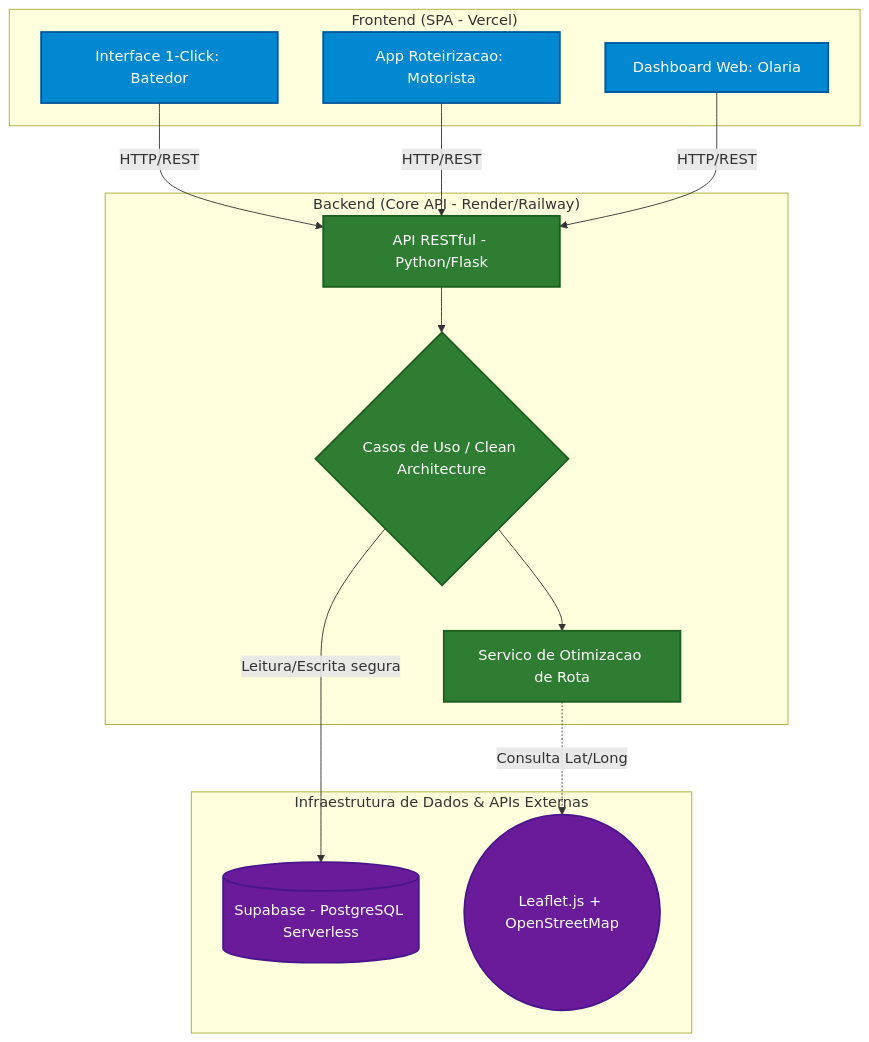
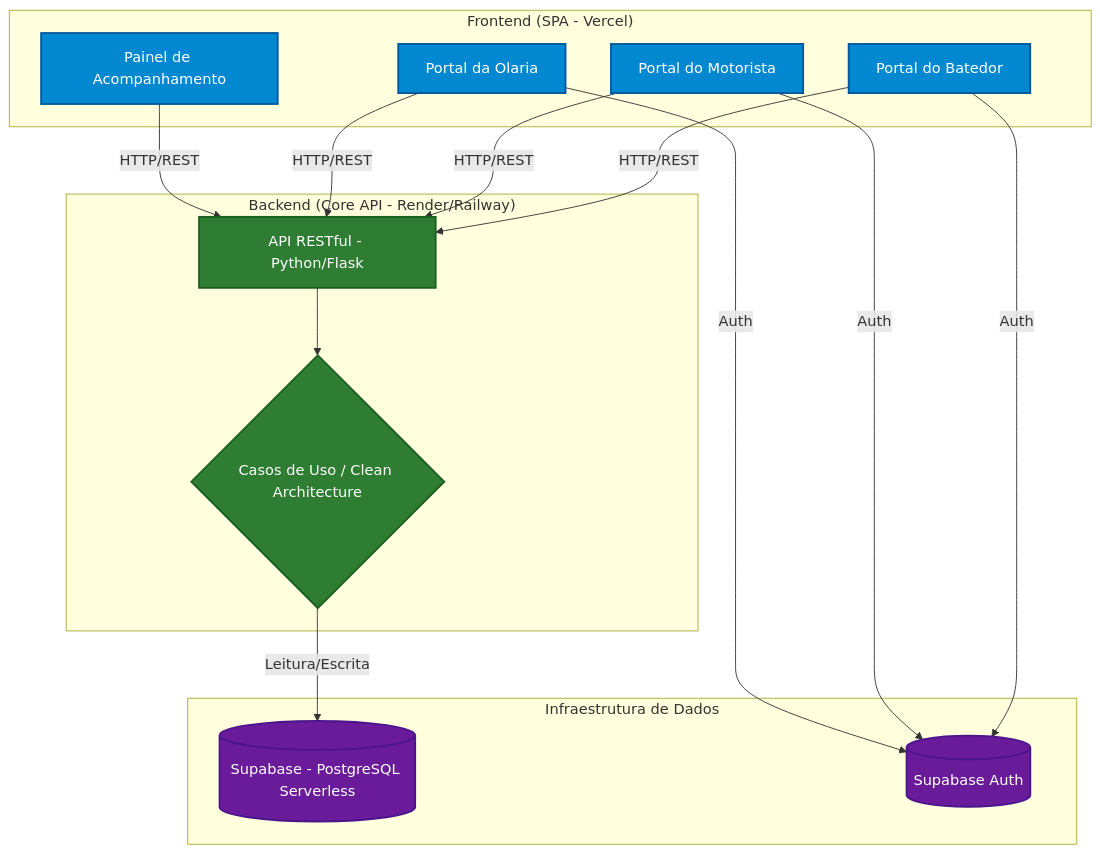
One commit to MCTHIAS/acailoop changed the second of 2 diagrams in README.md. Above: the diagram before and after it, drawn with Mermaid. The commit also changed other lines of this file, not shown here.

Commit message:
docs: rewrite README to reflect 4-stage collection flow and full feature set

````diff
--- a/README.md
+++ b/README.md
@@ -132,37 +136,38 @@
 ```mermaid
 graph TD
     subgraph "Frontend (SPA - Vercel)"
-        UI_Batedor[Interface 1-Click: Batedor]
-        UI_Motorista[App Roteirizacao: Motorista]
-        UI_Olaria[Dashboard Web: Olaria]
+        UI_Producer[Portal do Batedor]
+        UI_Driver[Portal do Motorista]
+        UI_Brickyard[Portal da Olaria]
+        UI_History[Painel de Acompanhamento]
     end
 
     subgraph "Backend (Core API - Render/Railway)"
         API[API RESTful - Python/Flask]
         UseCases{Casos de Uso / Clean Architecture}
-        Router[Servico de Otimizacao de Rota]
     end
 
-    subgraph "Infraestrutura de Dados & APIs Externas"
+    subgraph "Infraestrutura de Dados"
         DB[(Supabase - PostgreSQL Serverless)]
-        Mapas((Leaflet.js + OpenStreetMap))
+        Auth[(Supabase Auth)]
     end
 
-    UI_Batedor -->|HTTP/REST| API
-    UI_Motorista -->|HTTP/REST| API
-    UI_Olaria -->|HTTP/REST| API
+    UI_Producer -->|HTTP/REST| API
+    UI_Driver -->|HTTP/REST| API
+    UI_Brickyard -->|HTTP/REST| API
+    UI_History -->|HTTP/REST| API
 
     API --> UseCases
-    UseCases --> Router
-
-    Router -.->|Consulta Lat/Long| Mapas
-    UseCases -->|Leitura/Escrita segura| DB
+    UseCases -->|Leitura/Escrita| DB
+    UI_Producer -->|Auth| Auth
+    UI_Driver -->|Auth| Auth
+    UI_Brickyard -->|Auth| Auth
 
     classDef frontend fill:#0288d1,stroke:#01579b,color:#ffffff,stroke-width:2px
     classDef backend fill:#2e7d32,stroke:#1b5e20,color:#ffffff,stroke-width:2px
     classDef infra fill:#6a1b9a,stroke:#4a148c,color:#ffffff,stroke-width:2px
 
-    class UI_Batedor,UI_Motorista,UI_Olaria frontend
-    class API,UseCases,Router backend
-    class DB,Mapas infra
+    class UI_Producer,UI_Driver,UI_Brickyard,UI_History frontend
+    class API,UseCases backend
+    class DB,Auth infra
 ```
````
